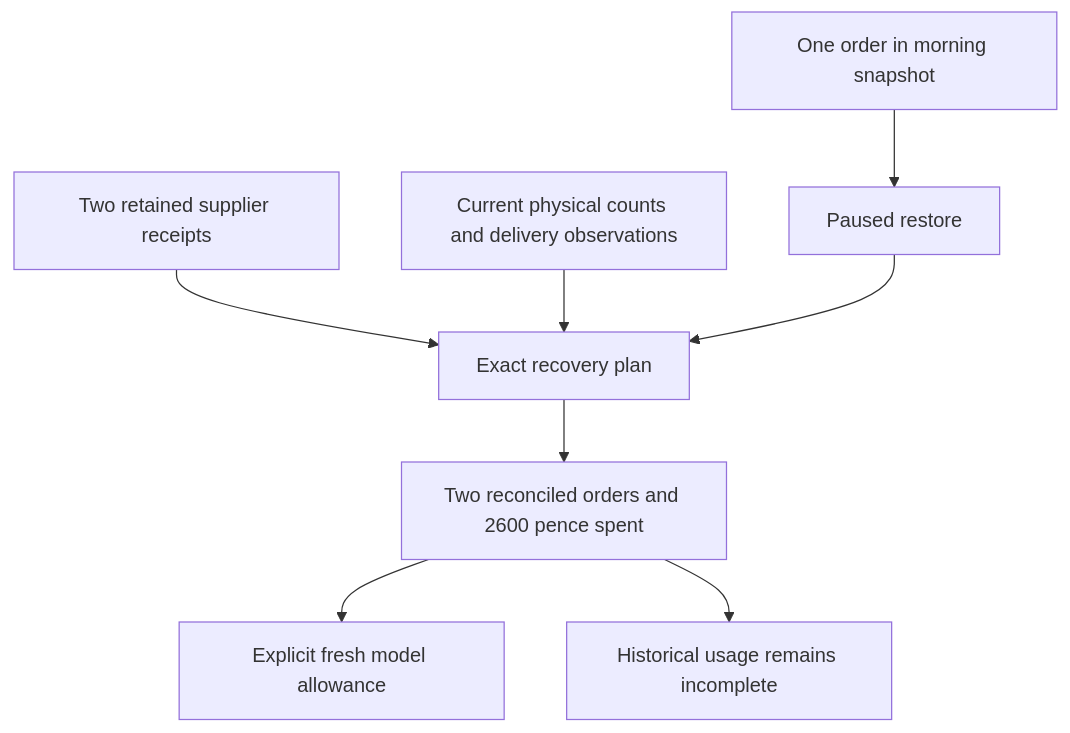
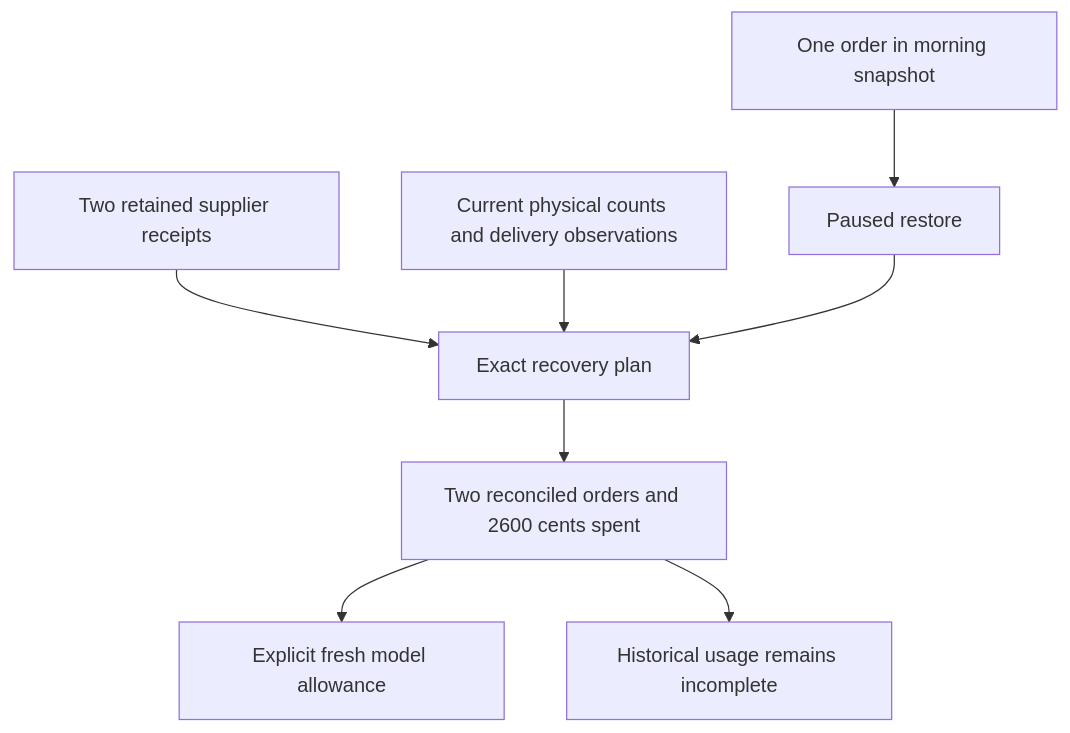
One commit to profrodai/sovereign-agent changed the third of 3 diagrams in book/textbook/ch18/profrod-sovereign-agent-ch18-deployment-restoration-chapter.md. Above: the diagram before and after it, drawn with Mermaid. The commit also changed other lines of this file and 343 other files, not shown here.

````diff
--- a/book/textbook/ch18/profrod-sovereign-agent-ch18-deployment-restoration-chapter.md
+++ b/book/textbook/ch18/profrod-sovereign-agent-ch18-deployment-restoration-chapter.md
@@ -440,10 +440,10 @@
 ```mermaid
 flowchart TD
     snapshot[One order in morning snapshot] --> paused[Paused restore]
     receipts[Two retained supplier receipts] --> plan[Exact recovery plan]
     counts[Current physical counts and delivery observations] --> plan
     paused --> plan
-    plan --> result[Two reconciled orders and 2600 pence spent]
+    plan --> result[Two reconciled orders and 2600 cents spent]
     result --> fresh[Explicit fresh model allowance]
     result --> history[Historical usage remains incomplete]
 ```
````
